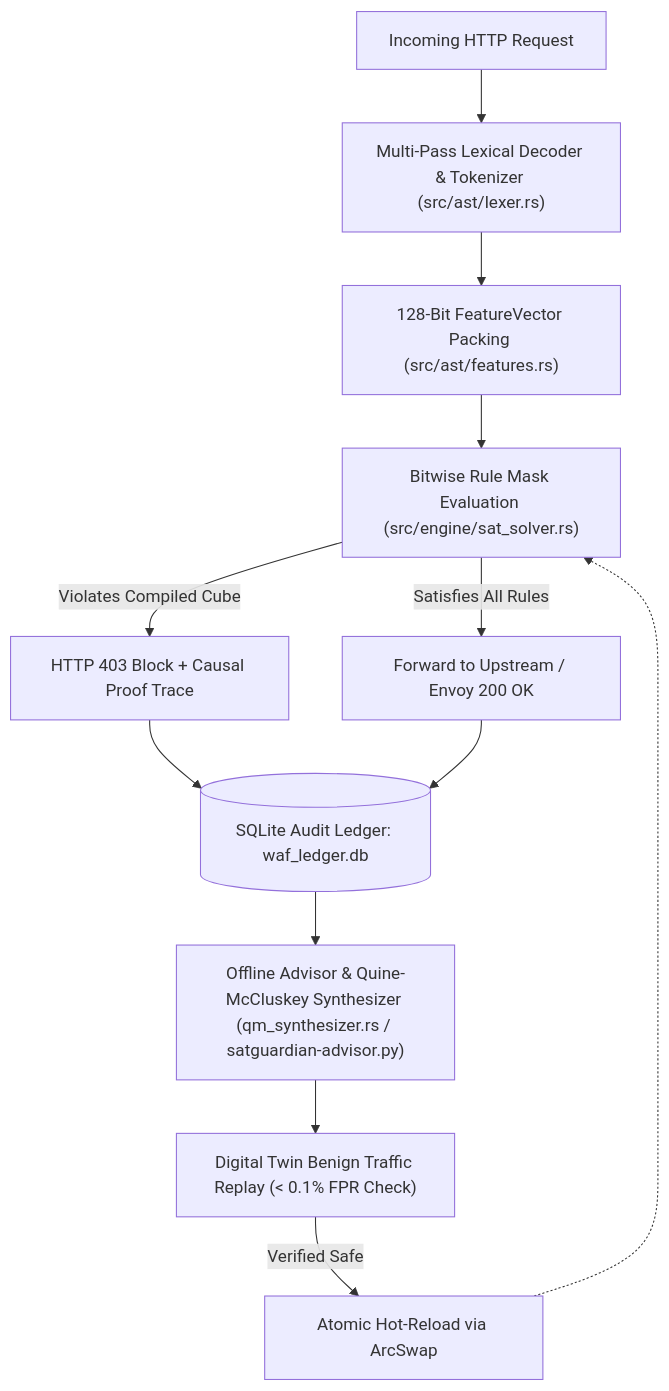
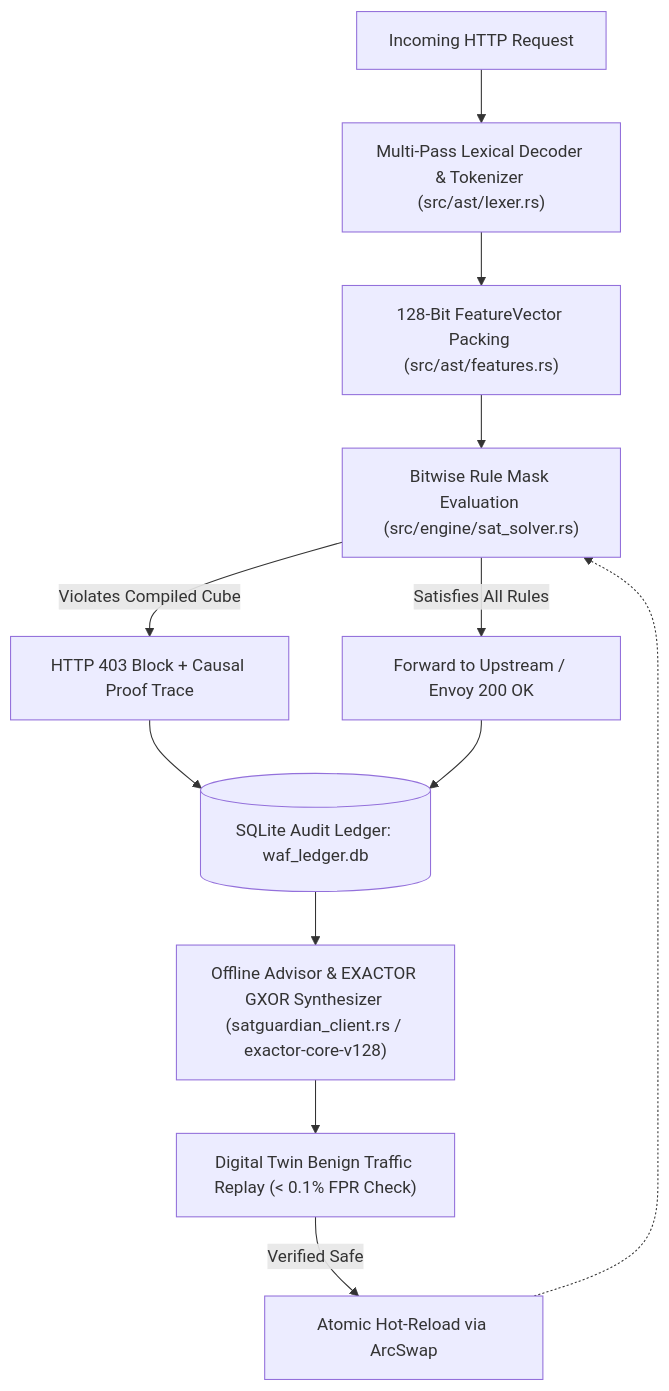
Before and after one commit to ExactorResearch/exactor-waf-guardian: the diagram in ARCHITECTURE.md, drawn with Mermaid. The commit also changed other lines of this file and 12 other files, not shown here.

Commit message:
feat: integrate exactor gxor cloud client and update documentation for u128 boolean synthesis

````diff
--- a/ARCHITECTURE.md
+++ b/ARCHITECTURE.md
@@ -16,14 +16,14 @@
 ```mermaid
 flowchart TD
     A["Incoming HTTP Request"] --> B["Multi-Pass Lexical Decoder & Tokenizer (src/ast/lexer.rs)"]
     B --> C["128-Bit FeatureVector Packing (src/ast/features.rs)"]
     C --> D["Bitwise Rule Mask Evaluation (src/engine/sat_solver.rs)"]
     D -- "Violates Compiled Cube" --> E["HTTP 403 Block + Causal Proof Trace"]
     D -- "Satisfies All Rules" --> F["Forward to Upstream / Envoy 200 OK"]
     E --> G[("SQLite Audit Ledger: waf_ledger.db")]
     F --> G
-    G --> H["Offline Advisor & Quine-McCluskey Synthesizer (qm_synthesizer.rs / satguardian-advisor.py)"]
+    G --> H["Offline Advisor & EXACTOR GXOR Synthesizer (satguardian_client.rs / exactor-core-v128)"]
     H --> I["Digital Twin Benign Traffic Replay (< 0.1% FPR Check)"]
     I -- "Verified Safe" --> J["Atomic Hot-Reload via ArcSwap"]
     J -.-> D
 ```
````
